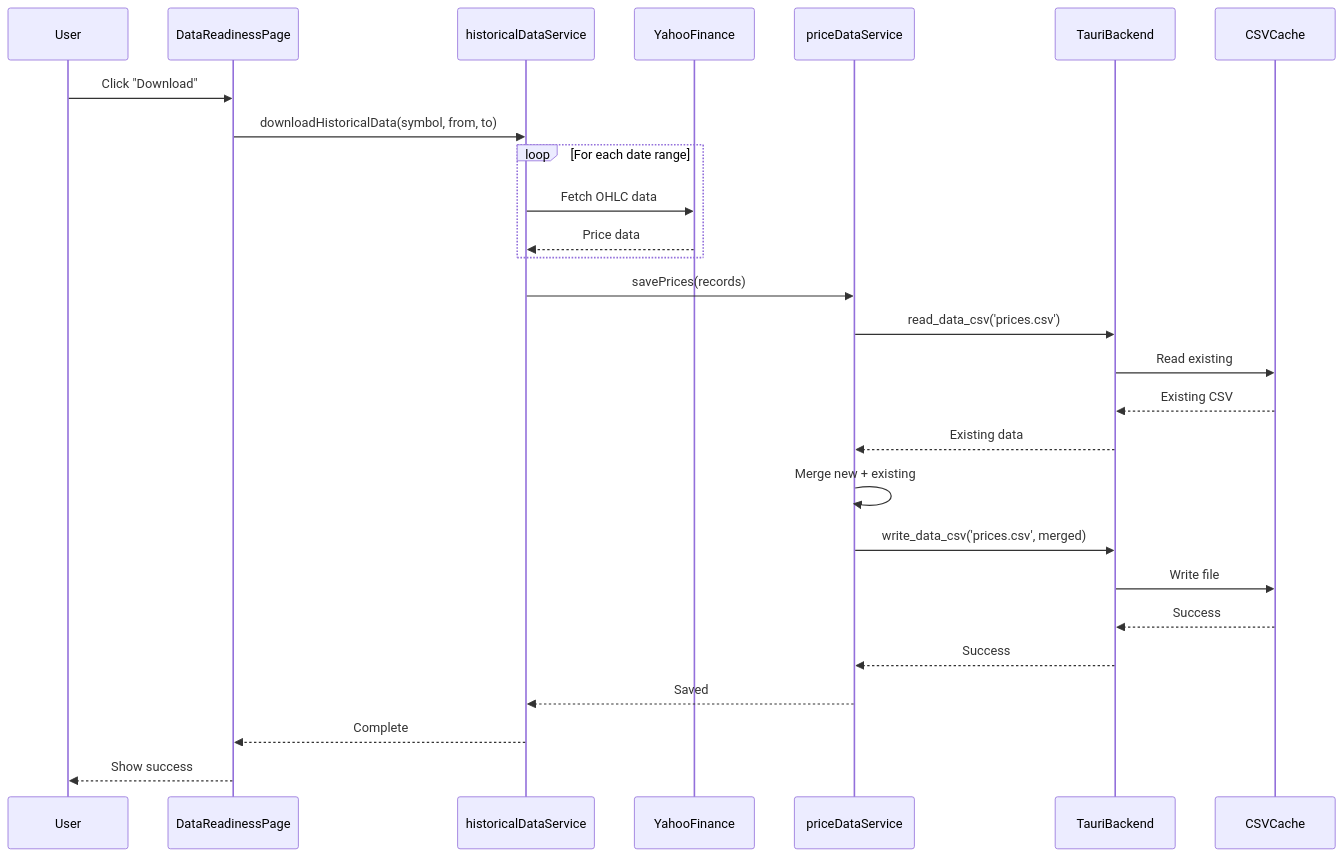
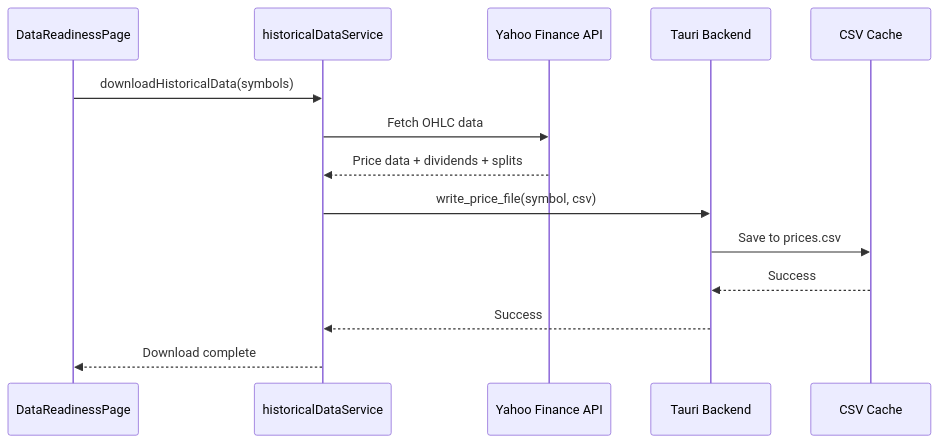
The third of 3 diagrams in README.md (7kfpun/portfolio), drawn with Mermaid before and after one commit. The commit also changed other lines of this file and 27 other files, not shown here.

````diff
--- a/README.md
+++ b/README.md
@@ -225,33 +269,19 @@
 ```mermaid
 sequenceDiagram
-    participant User
-    participant DataReadinessPage
-    participant historicalDataService
-    participant YahooFinance
-    participant priceDataService
-    participant TauriBackend
-    participant CSVCache
+    participant UI as DataReadinessPage
+    participant Service as historicalDataService
+    participant Yahoo as Yahoo Finance API
+    participant Rust as Tauri Backend
+    participant CSV as CSV Cache
 
-    User->>DataReadinessPage: Click "Download"
-    DataReadinessPage->>historicalDataService: downloadHistoricalData(symbol, from, to)
+    UI->>Service: downloadHistoricalData(symbols)
+    Service->>Yahoo: Fetch OHLC data
+    Yahoo-->>Service: Price data + dividends + splits
 
-    loop For each date range
-        historicalDataService->>YahooFinance: Fetch OHLC data
-        YahooFinance-->>historicalDataService: Price data
-    end
+    Service->>Rust: write_price_file(symbol, csv)
+    Rust->>CSV: Save to prices.csv
+    CSV-->>Rust: Success
+    Rust-->>Service: Success
 
-    historicalDataService->>priceDataService: savePrices(records)
-    priceDataService->>TauriBackend: read_data_csv('prices.csv')
-    TauriBackend->>CSVCache: Read existing
-    CSVCache-->>TauriBackend: Existing CSV
-    TauriBackend-->>priceDataService: Existing data
-
-    priceDataService->>priceDataService: Merge new + existing
-    priceDataService->>TauriBackend: write_data_csv('prices.csv', merged)
-    TauriBackend->>CSVCache: Write file
-    CSVCache-->>TauriBackend: Success
-    TauriBackend-->>priceDataService: Success
-    priceDataService-->>historicalDataService: Saved
-    historicalDataService-->>DataReadinessPage: Complete
-    DataReadinessPage-->>User: Show success
+    Service-->>UI: Download complete
 ```
````
